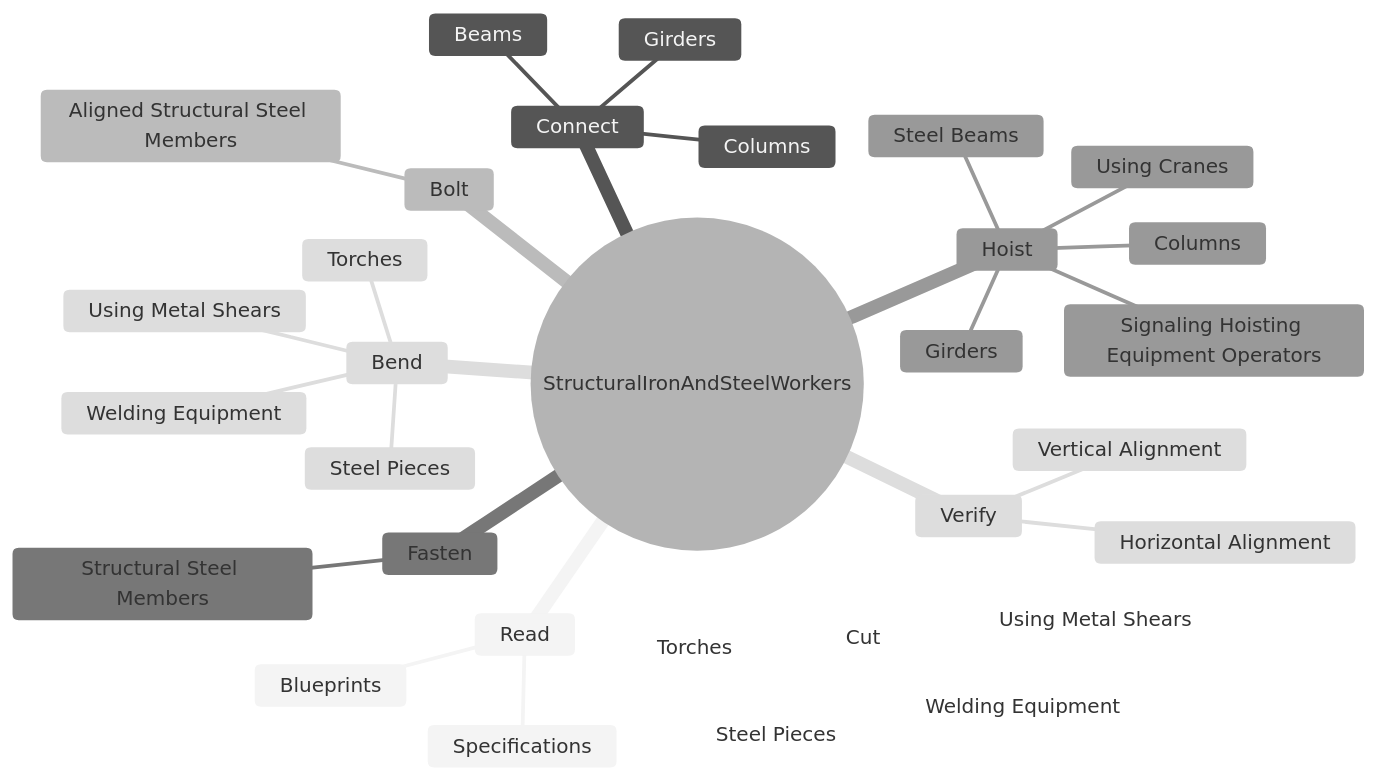
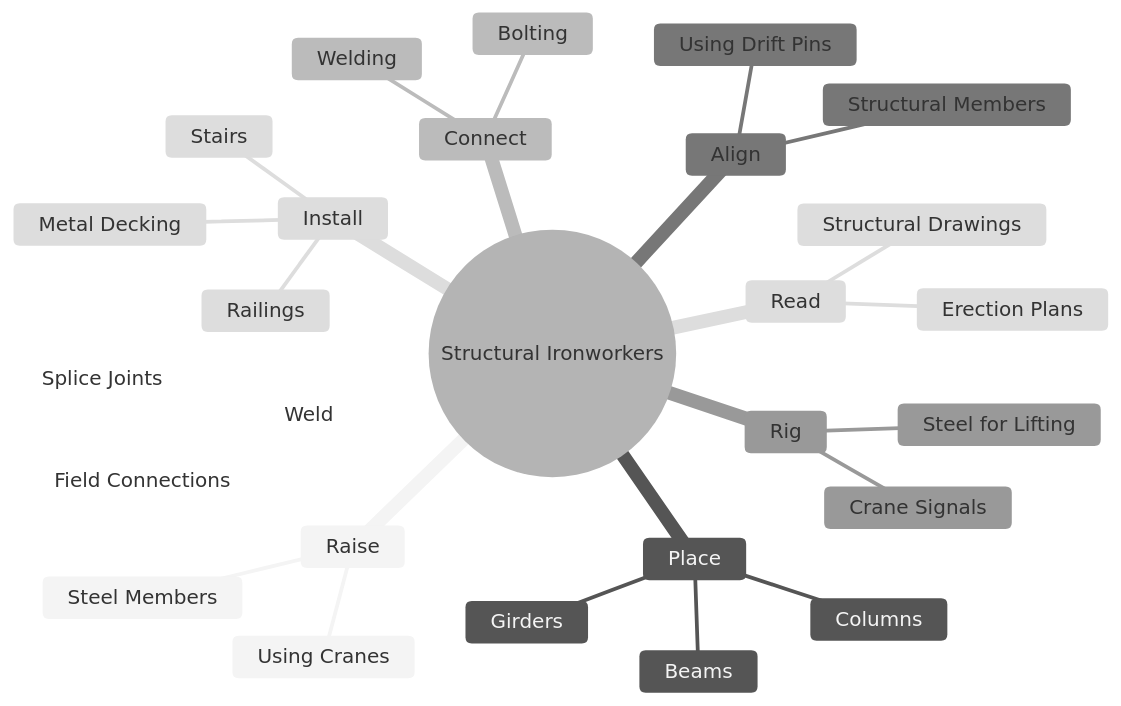
One commit to kziemski/business.org.ai changed the second of 4 diagrams in occupations/Construction/StructuralIronAndSteelWorkers.mdx. Above: the diagram before and after it, drawn with Mermaid (neutral theme). The commit also changed other lines of this file and 938 other files, not shown here.

````diff
--- a/occupations/Construction/StructuralIronAndSteelWorkers.mdx
+++ b/occupations/Construction/StructuralIronAndSteelWorkers.mdx
@@ -37,34 +46,30 @@
 ```mermaid
 mindmap
-    root(("StructuralIronAndSteelWorkers"))
-        Read
-            Specifications
-            Blueprints
-        Connect
+    root(("Structural Ironworkers"))
+        Raise
+            Steel Members
+            Using Cranes
+        Place
+            Girders
             Columns
             Beams
-            Girders
-        Bolt
-            Aligned Structural Steel Members
-        Fasten
-            Structural Steel Members
-        Hoist
-            Steel Beams
-            Girders
-            Columns
-            Using Cranes
-            Signaling Hoisting Equipment Operators
-        Verify
-            Vertical Alignment
-            Horizontal Alignment
-        Cut
-            Steel Pieces
-            Using Metal Shears
-            Torches
-            Welding Equipment
-        Bend
-            Steel Pieces
-            Using Metal Shears
-            Torches
-            Welding Equipment
+        Connect
+            Bolting
+            Welding
+        Align
+            Structural Members
+            Using Drift Pins
+        Rig
+            Steel for Lifting
+            Crane Signals
+        Read
+            Structural Drawings
+            Erection Plans
+        Weld
+            Field Connections
+            Splice Joints
+        Install
+            Metal Decking
+            Stairs
+            Railings
 ```
````
